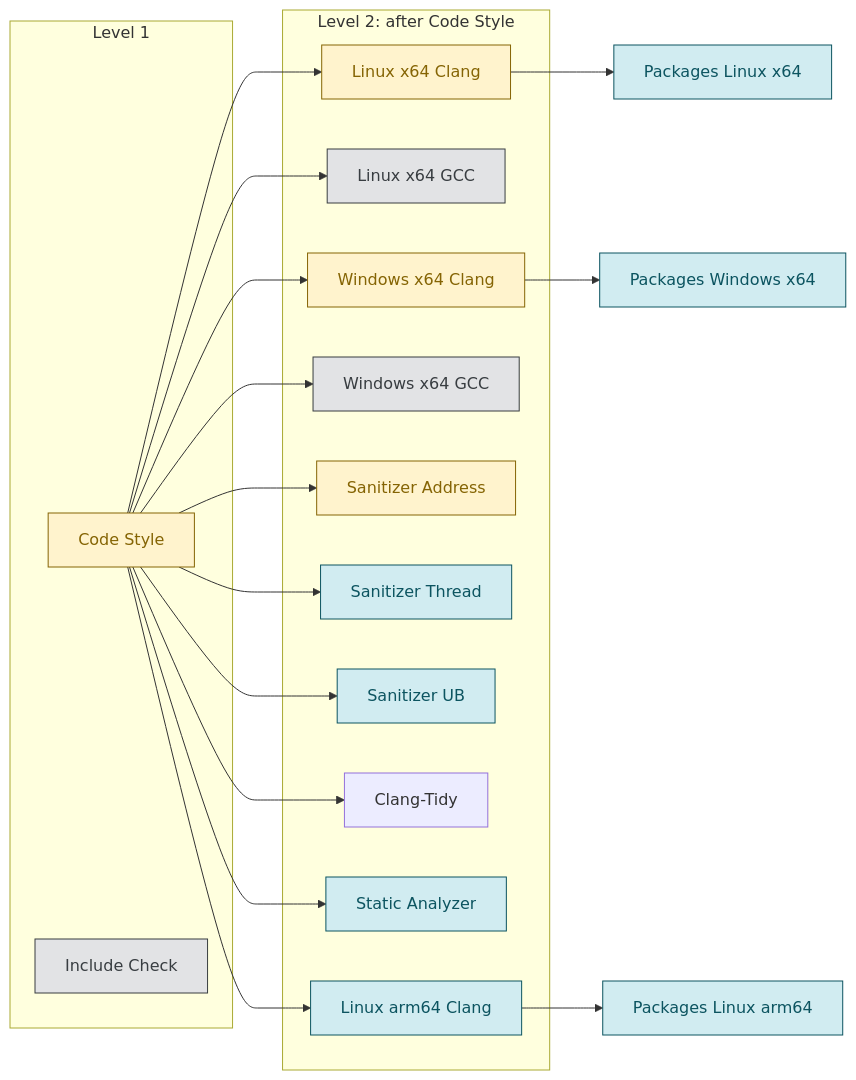
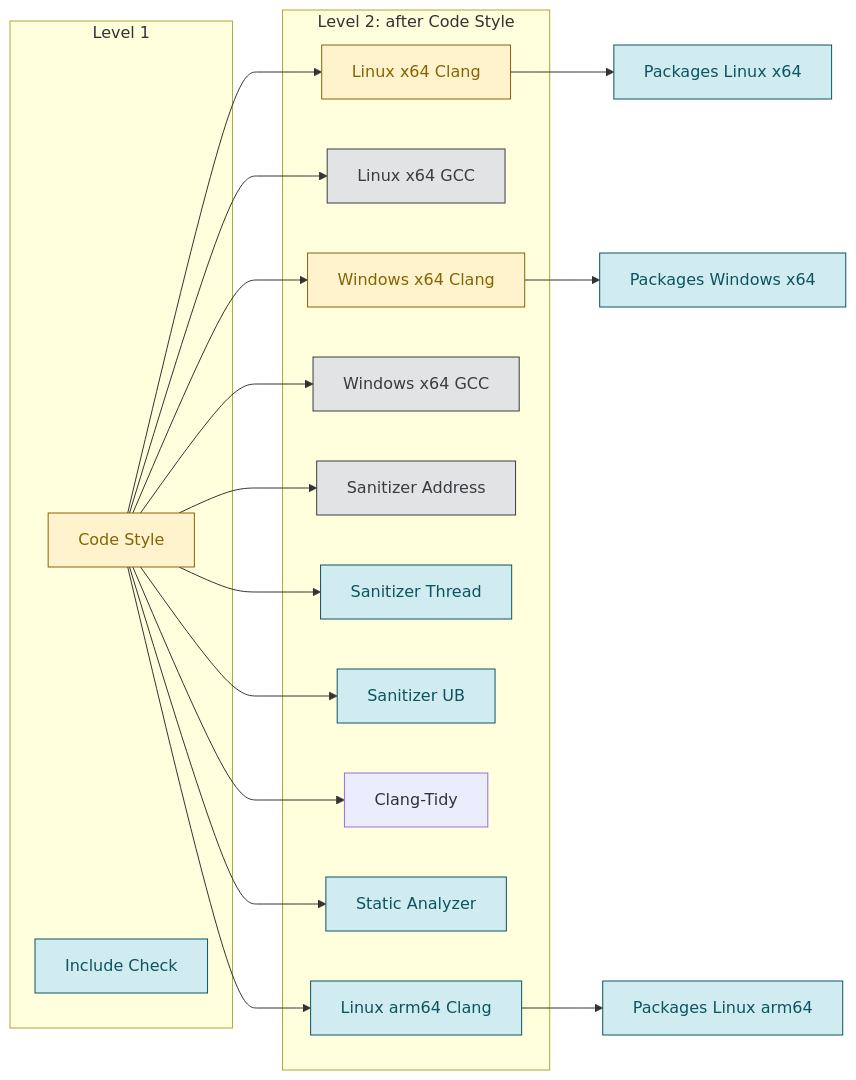
Before and after one commit to Silmaen/Owl: the second of 3 diagrams in doc/pages/continuous_integration.md, drawn with Mermaid. The commit also changed other lines of this file and 32 other files, not shown here.

````diff
--- a/doc/pages/continuous_integration.md
+++ b/doc/pages/continuous_integration.md
@@ -85,24 +85,24 @@
 ```mermaid
 flowchart LR
     subgraph L1[Level 1]
         CS[Code Style]
         IC[Include Check]
     end
     subgraph L2[Level 2: after Code Style]
         LxC[Linux x64 Clang] & LxG[Linux x64 GCC] & WxC[Windows x64 Clang]
         WxG[Windows x64 GCC]
         SA[Sanitizer Address] & ST[Sanitizer Thread] & SU[Sanitizer UB]
         CT[Clang-Tidy] & AN[Static Analyzer]
         LaC[Linux arm64 Clang]
     end
     CS --> LxC & LxG & WxC & WxG & SA & ST & SU & CT & AN & LaC
     LxC --> PL[Packages Linux x64]
     WxC --> PW[Packages Windows x64]
     LaC --> PA[Packages Linux arm64]
     classDef draft fill:#fff3cd,stroke:#856404,color:#856404
     classDef mainOnly fill:#d1ecf1,stroke:#0c5460,color:#0c5460
     classDef afterMerge fill:#e2e3e5,stroke:#383d41,color:#383d41
-    class CS,LxC,WxC,SA draft
-    class LaC,LaG,PL,PW,PA,ST,SU,AN mainOnly
-    class IC,LxG,WxG afterMerge
+    class CS,LxC,WxC draft
+    class IC,LaC,PL,PW,PA,ST,SU,AN mainOnly
+    class LxG,WxG,SA afterMerge
 ```
````
